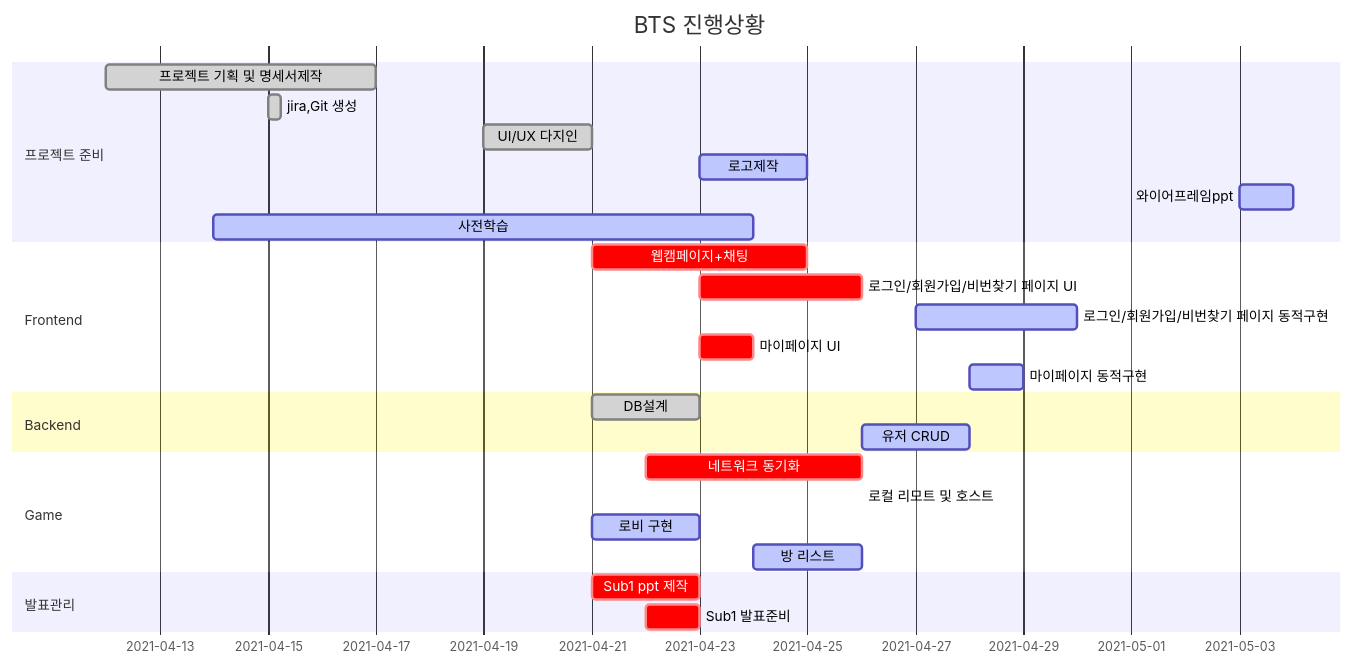
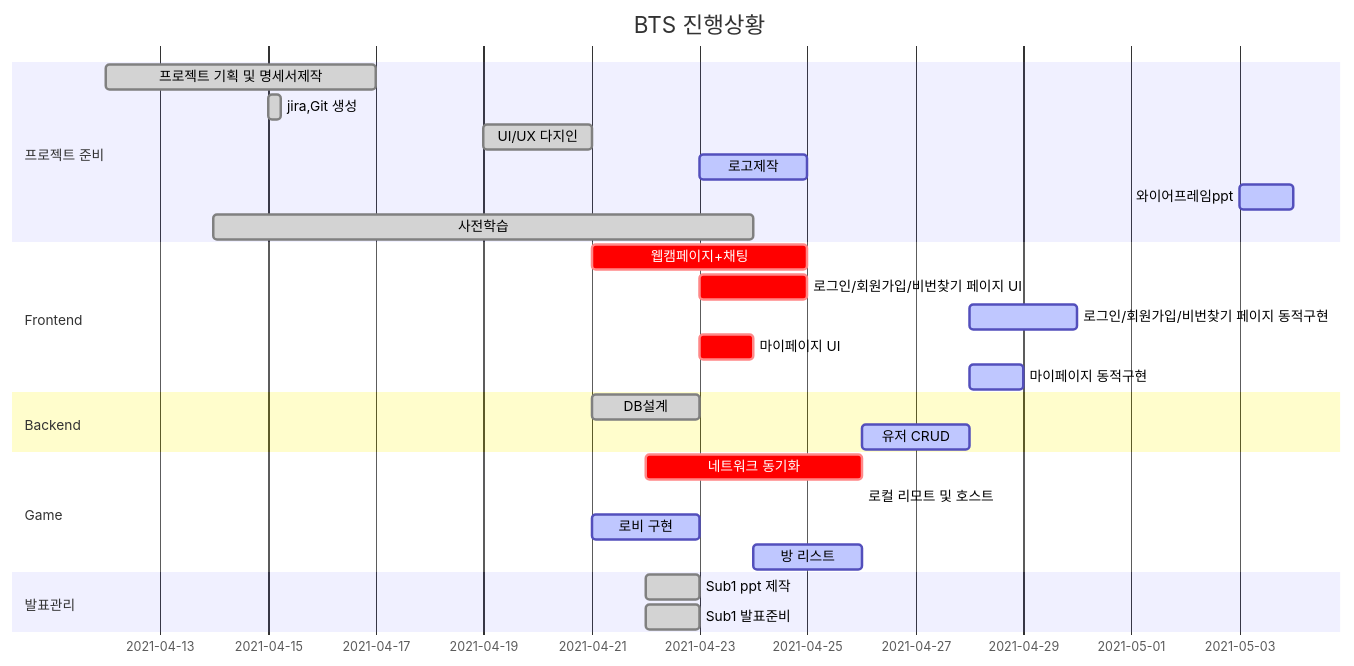
Before and after one commit to Luminousjiny/PJT_BTS: the diagram in README.md, drawn with Mermaid.

Commit message:
간트차트 업데이트

````diff
--- a/README.md
+++ b/README.md
@@ -48,33 +48,33 @@
 ```mermaid
 gantt
     title BTS 진행상황
     dateFormat  YYYY-MM-DD
     section 프로젝트 준비
     프로젝트 기획 및 명세서제작 : done, 2021-04-12, 5d
     jira,Git 생성  :done, 2021-04-15, 6h
     UI/UX 다지인  : done,   2021-04-19, 2d
     로고제작 : active, 2021-04-23, 2d
     와이어프레임ppt : active, 2021-05-03, 1d
-    사전학습  : active, 2021-04-14, 10d
+    사전학습  : done, 2021-04-14, 10d
 
     section Frontend
     웹캠페이지+채팅 : crit, 2021-04-21, 4d
-    로그인/회원가입/비번찾기 페이지 UI : crit, 2021-04-23, 3d
-    로그인/회원가입/비번찾기 페이지 동적구현 : active, 2021-04-27, 3d
+    로그인/회원가입/비번찾기 페이지 UI : crit, 2021-04-23, 2d
+    로그인/회원가입/비번찾기 페이지 동적구현 : active, 2021-04-28, 2d
     마이페이지 UI : crit, 2021-04-23, 1d
     마이페이지 동적구현 : active, 2021-04-28, 1d
     
     section Backend
     DB설계 : done, 2021-04-21, 2d
     유저 CRUD : active, 2021-04-26, 2d
     
     section Game
 	네트워크 동기화 : crit, 2021-04-22, 4d
 	로컬 리모트 및 호스트 : active, 2021-04-23 1d
 	로비 구현 : active, 2021-04-21, 2d
     방 리스트 : active, 2021-04-24, 2d
     
     section 발표관리
-    Sub1 ppt 제작 : crit, 2021-04-21, 2d
-    Sub1 발표준비 : crit, 2021-04-22, 1d
+    Sub1 ppt 제작 : done, 2021-04-22, 1d
+    Sub1 발표준비 : done, 2021-04-22, 1d
 ```
````
